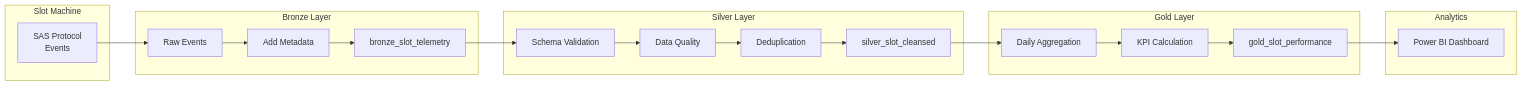
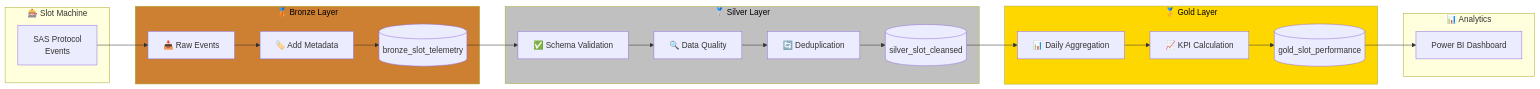
The second of 7 diagrams in docs/diagrams/architecture-overview.md (fgarofalo56/Suppercharge_Microsoft_Fabric), drawn with Mermaid before and after one commit. The commit also changed other lines of this file and 130 other files, not shown here.

````diff
--- a/docs/diagrams/architecture-overview.md
+++ b/docs/diagrams/architecture-overview.md
@@ -77,34 +102,38 @@
 ```mermaid
 flowchart LR
-    subgraph Source["Slot Machine"]
-        SM[SAS Protocol<br/>Events]
+    subgraph Source["🎰 Slot Machine"]
+        SM["SAS Protocol<br/>Events"]
     end
 
-    subgraph Bronze["Bronze Layer"]
-        B1[Raw Events]
-        B2[Add Metadata]
-        B3[bronze_slot_telemetry]
+    subgraph Bronze["🥉 Bronze Layer"]
+        B1["📥 Raw Events"]
+        B2["🏷️ Add Metadata"]
+        B3[("bronze_slot_telemetry")]
     end
 
-    subgraph Silver["Silver Layer"]
-        S1[Schema Validation]
-        S2[Data Quality]
-        S3[Deduplication]
-        S4[silver_slot_cleansed]
+    subgraph Silver["🥈 Silver Layer"]
+        S1["✅ Schema Validation"]
+        S2["🔍 Data Quality"]
+        S3["🔄 Deduplication"]
+        S4[("silver_slot_cleansed")]
     end
 
-    subgraph Gold["Gold Layer"]
-        G1[Daily Aggregation]
-        G2[KPI Calculation]
-        G3[gold_slot_performance]
+    subgraph Gold["🥇 Gold Layer"]
+        G1["📊 Daily Aggregation"]
+        G2["📈 KPI Calculation"]
+        G3[("gold_slot_performance")]
     end
 
-    subgraph BI["Analytics"]
-        PBI[Power BI Dashboard]
+    subgraph BI["📊 Analytics"]
+        PBI["Power BI Dashboard"]
     end
 
     SM --> B1 --> B2 --> B3
     B3 --> S1 --> S2 --> S3 --> S4
     S4 --> G1 --> G2 --> G3
     G3 --> PBI
+
+    style Bronze fill:#CD7F32,color:#000
+    style Silver fill:#C0C0C0,color:#000
+    style Gold fill:#FFD700,color:#000
 ```
````
